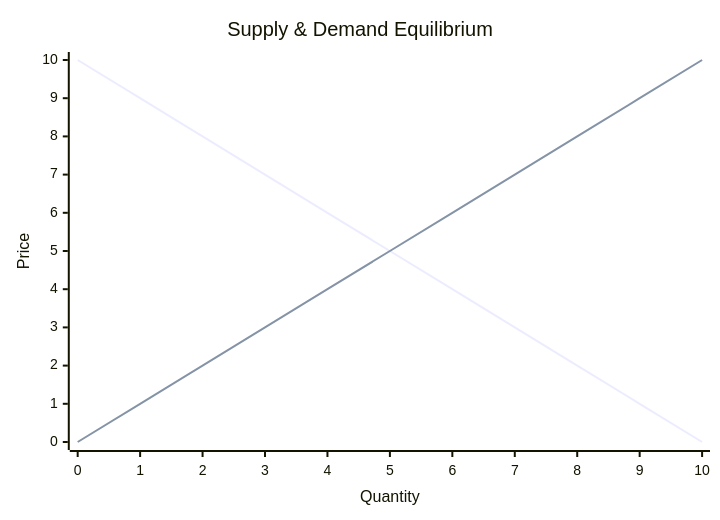
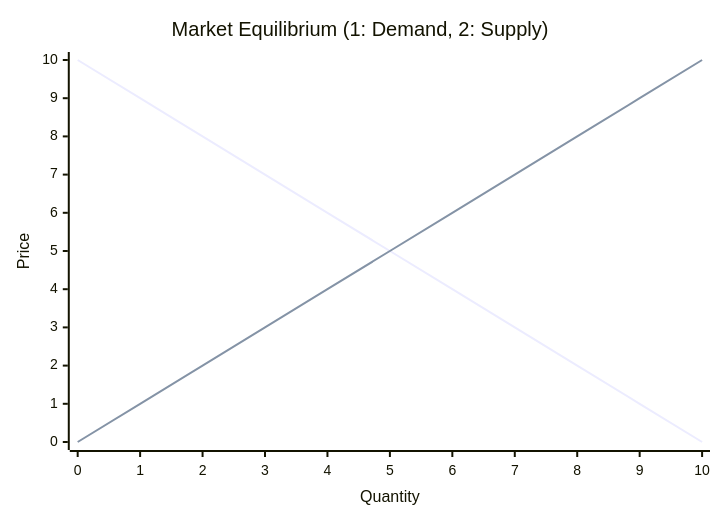
Before and after one commit to madhavgupta2002/AceDBE: diagram 11 of 20 in public/data/Subjects/ES21x/FORMULAS.md, drawn with Mermaid. The commit also changed other lines of this file and 2 other files, not shown here.

Commit message:
diagrams in microeco

````diff
--- a/public/data/Subjects/ES21x/FORMULAS.md
+++ b/public/data/Subjects/ES21x/FORMULAS.md
@@ -19,8 +345,8 @@
 ```mermaid
 xychart-beta
-    title "Supply & Demand Equilibrium"
+    title "Market Equilibrium (1: Demand, 2: Supply)"
     x-axis "Quantity" [0, 1, 2, 3, 4, 5, 6, 7, 8, 9, 10]
     y-axis "Price" 0 --> 10
-    line "Demand" [10, 9, 8, 7, 6, 5, 4, 3, 2, 1, 0]
-    line "Supply" [0, 1, 2, 3, 4, 5, 6, 7, 8, 9, 10]
+    line [10, 9, 8, 7, 6, 5, 4, 3, 2, 1, 0]
+    line [0, 1, 2, 3, 4, 5, 6, 7, 8, 9, 10]
 ```
````
